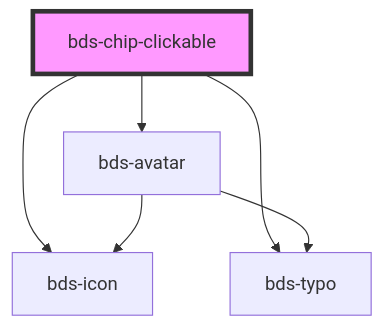
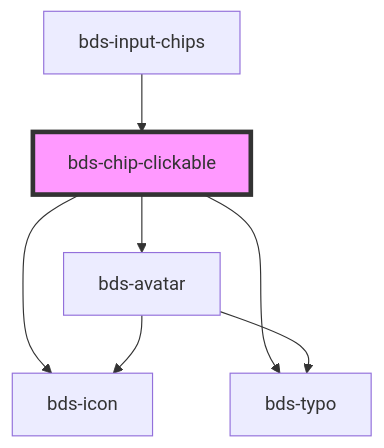
One commit to takenet/blip-ds changed the diagram in src/components/chip-clickable/readme.md. Above: the diagram before and after it, drawn with Mermaid. The commit also changed other lines of this file and 6 other files, not shown here.

Commit message:
feat(input-chips): change the chip for the new component

````diff
--- a/src/components/chip-clickable/readme.md
+++ b/src/components/chip-clickable/readme.md
@@ -39,9 +43,10 @@
 ```mermaid
 graph TD;
   bds-chip-clickable --> bds-icon
   bds-chip-clickable --> bds-avatar
   bds-chip-clickable --> bds-typo
   bds-avatar --> bds-typo
   bds-avatar --> bds-icon
+  bds-input-chips --> bds-chip-clickable
   style bds-chip-clickable fill:#f9f,stroke:#333,stroke-width:4px
 ```
````
